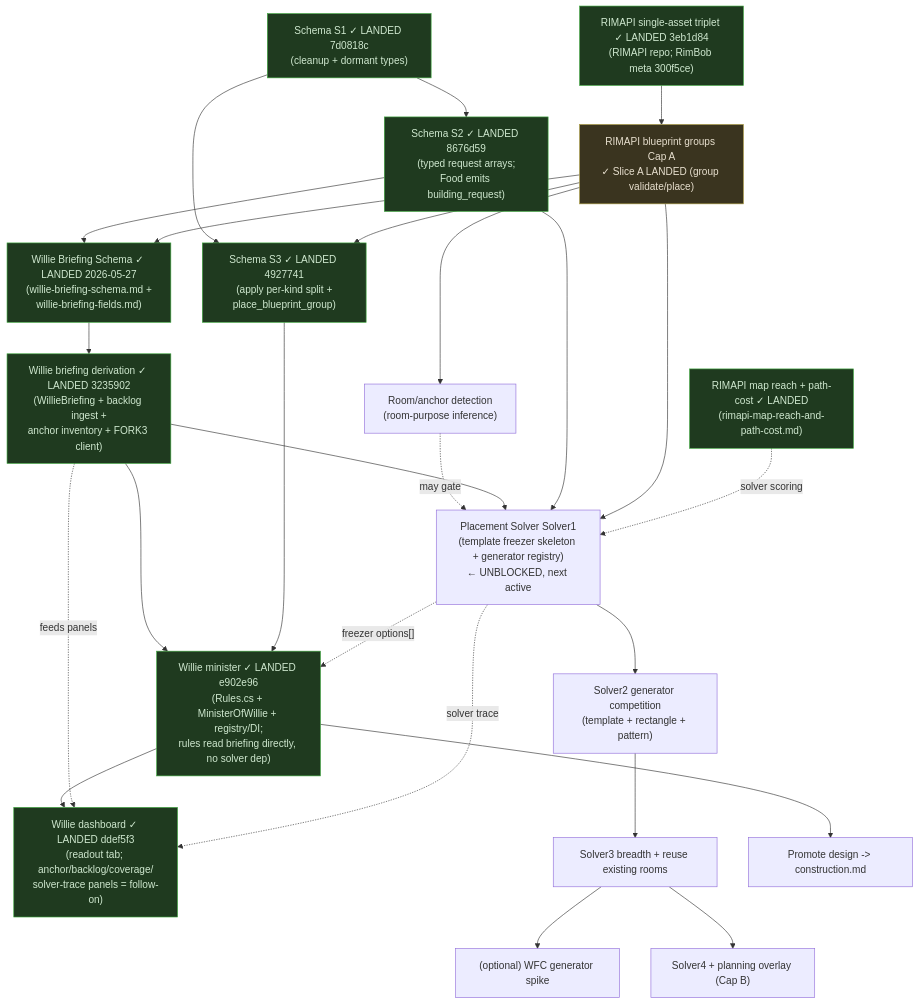
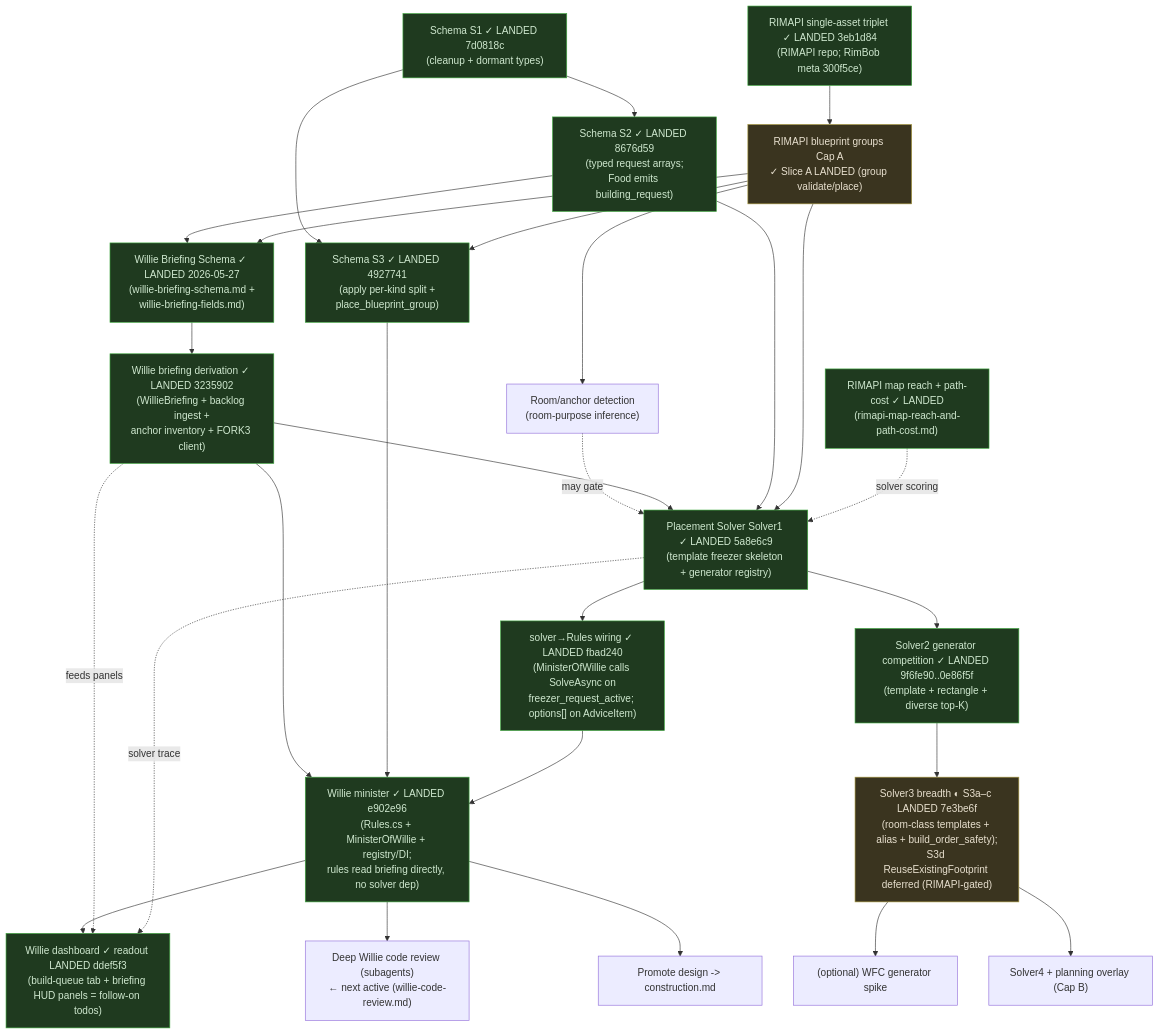
One commit to ocaspi-sc/RimBob changed the diagram in .plans/willie-meta-plan.md. Above: the diagram before and after it, drawn with Mermaid. The commit also changed other lines of this file and 2 other files, not shown here.

First line of the commit message:
chore(willie): update planning state

````diff
--- a/.plans/willie-meta-plan.md
+++ b/.plans/willie-meta-plan.md
@@ -156,31 +160,33 @@
 ```mermaid
 flowchart TD
   S1["Schema S1 ✓ LANDED 7d0818c<br/>(cleanup + dormant types)"] --> S2["Schema S2 ✓ LANDED 8676d59<br/>(typed request arrays;<br/>Food emits building_request)"]
   FORK1["RIMAPI single-asset triplet ✓ LANDED 3eb1d84<br/>(RIMAPI repo; RimBob meta 300f5ce)"] --> FORK2["RIMAPI blueprint groups Cap A<br/>✓ Slice A LANDED (group validate/place)"]
   S2 --> SCHEMA["Willie Briefing Schema ✓ LANDED 2026-05-27<br/>(willie-briefing-schema.md +<br/>willie-briefing-fields.md)"]
   FORK2 --> SCHEMA
   FORK2 --> ROOM["Room/anchor detection<br/>(room-purpose inference)"]
   ROOM -.may gate.-> Solver1
   SCHEMA --> DERIV["Willie briefing derivation ✓ LANDED 3235902<br/>(WillieBriefing + backlog ingest +<br/>anchor inventory + FORK3 client)"]
-  DERIV --> Solver1["Placement Solver Solver1<br/>(template freezer skeleton + generator registry)<br/>← UNBLOCKED, next active"]
+  DERIV --> Solver1["Placement Solver Solver1 ✓ LANDED 5a8e6c9<br/>(template freezer skeleton + generator registry)"]
   S2 --> Solver1
   FORK2 --> Solver1
   FORK3["RIMAPI map reach + path-cost ✓ LANDED<br/>(rimapi-map-reach-and-path-cost.md)"] -.solver scoring.-> Solver1
   DERIV --> WILLIE["Willie minister ✓ LANDED e902e96<br/>(Rules.cs + MinisterOfWillie + registry/DI;<br/>rules read briefing directly, no solver dep)"]
   S1 --> S3["Schema S3 ✓ LANDED 4927741<br/>(apply per-kind split +<br/>place_blueprint_group)"]
   FORK2 --> S3
   S3 --> WILLIE
-  Solver1 -.freezer options[].-> WILLIE
-  WILLIE --> DASH["Willie dashboard ✓ LANDED ddef5f3<br/>(readout tab; anchor/backlog/coverage/<br/>solver-trace panels = follow-on)"]
+  Solver1 --> WIRE["solver→Rules wiring ✓ LANDED fbad240<br/>(MinisterOfWillie calls SolveAsync on<br/>freezer_request_active; options[] on AdviceItem)"]
+  WIRE --> WILLIE
+  WILLIE --> DASH["Willie dashboard ✓ readout LANDED ddef5f3<br/>(build-queue tab + briefing HUD panels = follow-on todos)"]
   DERIV -.feeds panels.-> DASH
   Solver1 -.solver trace.-> DASH
-  Solver1 --> Solver2["Solver2 generator competition<br/>(template + rectangle + pattern)"] --> Solver3["Solver3 breadth + reuse existing rooms"]
+  Solver1 --> Solver2["Solver2 generator competition ✓ LANDED 9f6fe90..0e86f5f<br/>(template + rectangle + diverse top-K)"] --> Solver3["Solver3 breadth ◐ S3a–c LANDED 7e3be6f<br/>(room-class templates + alias + build_order_safety);<br/>S3d ReuseExistingFootprint deferred (RIMAPI-gated)"]
+  WILLIE --> REVIEW["Deep Willie code review (subagents)<br/>← next active (willie-code-review.md)"]
   WILLIE --> PROMOTE["Promote design -> construction.md"]
   Solver3 --> WFC["(optional) WFC generator spike"]
   Solver3 --> SOLVER4B["Solver4 + planning overlay (Cap B)"]
 
   classDef done fill:#1f3a1f,stroke:#3fa83f,color:#cfe8cf;
-  class S1,S2,S3,FORK1,FORK3,SCHEMA,DERIV,WILLIE,DASH done;
+  class S1,S2,S3,FORK1,FORK3,SCHEMA,DERIV,WILLIE,DASH,Solver1,Solver2,WIRE done;
   classDef partial fill:#3a341f,stroke:#a8993f,color:#e8e0cf;
-  class FORK2 partial;
+  class FORK2,Solver3 partial;
 ```
````
